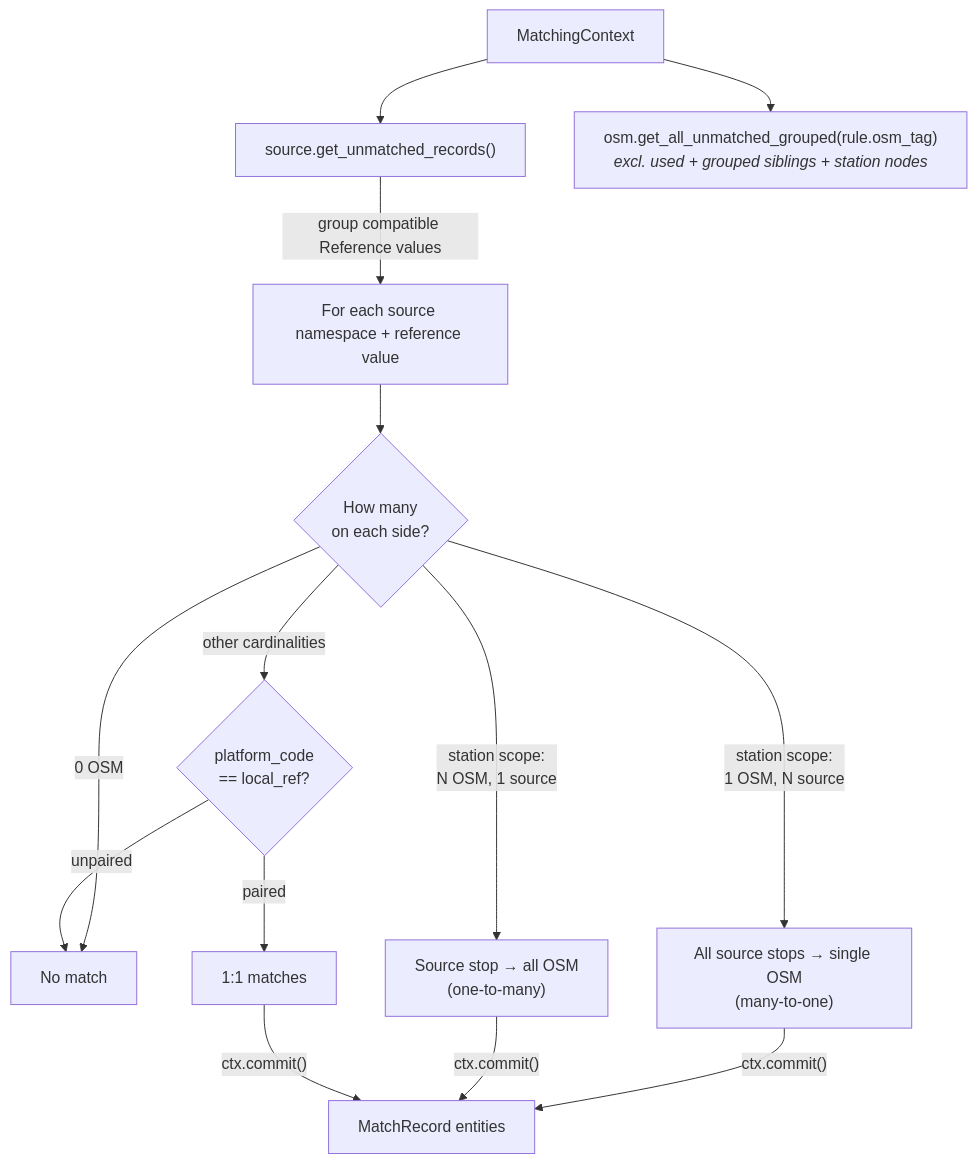
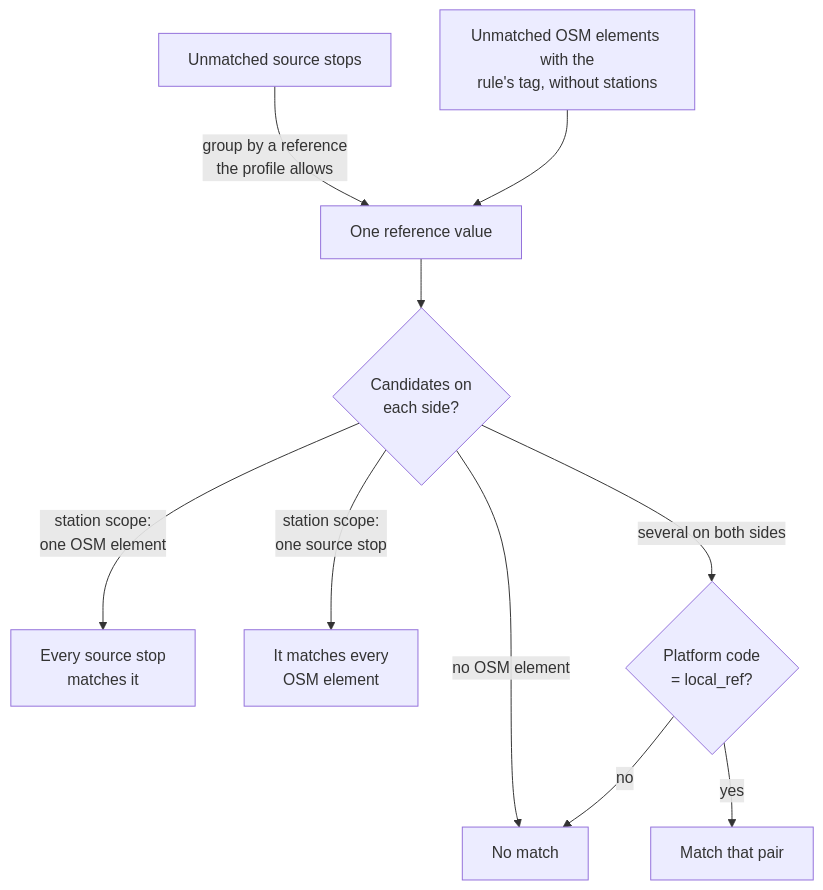
Before and after one commit to openTdataCH/osm-public-transport-matcher: the diagram in documentation/2.1 Exact matching.md, drawn with Mermaid. The commit also changed other lines of this file and 31 other files, not shown here.

````diff
--- a/documentation/2.1 Exact matching.md
+++ b/documentation/2.1 Exact matching.md
@@ -7,16 +14,12 @@
 ```mermaid
 flowchart TB
-    CTX["MatchingContext"] --> UA["source.get_unmatched_records()"]
-    CTX --> OSM["osm.get_all_unmatched_grouped(rule.osm_tag)<br/><i>excl. used + grouped siblings + station nodes</i>"]
-    UA -->|"group compatible Reference values"| G["For each source namespace + reference value"]
-    G --> C{"How many<br/>on each side?"}
-
-    C -->|"0 OSM"| X["No match"]
-    C -->|"station scope:<br/>1 OSM, N source"| M1["All source stops → single OSM<br/>(many-to-one)"]
-    C -->|"station scope:<br/>N OSM, 1 source"| M2["Source stop → all OSM<br/>(one-to-many)"]
-    C -->|"other cardinalities"| D{"platform_code<br/>== local_ref?"}
-    D -->|paired| M3["1:1 matches"]
-    D -->|unpaired| X
-
-    M1 & M2 & M3 -->|"ctx.commit()"| OUT["MatchRecord entities"]
+    S["Unmatched source stops"] -->|"group by a reference<br/>the profile allows"| G["One reference value"]
+    O["Unmatched OSM elements with the<br/>rule's tag, without stations"] --> G
+    G --> C{"Candidates on<br/>each side?"}
+    C -->|"no OSM element"| X["No match"]
+    C -->|"station scope:<br/>one OSM element"| M1["Every source stop<br/>matches it"]
+    C -->|"station scope:<br/>one source stop"| M2["It matches every<br/>OSM element"]
+    C -->|"several on both sides"| D{"Platform code<br/>= local_ref?"}
+    D -->|"yes"| M3["Match that pair"]
+    D -->|"no"| X
 ```
````
